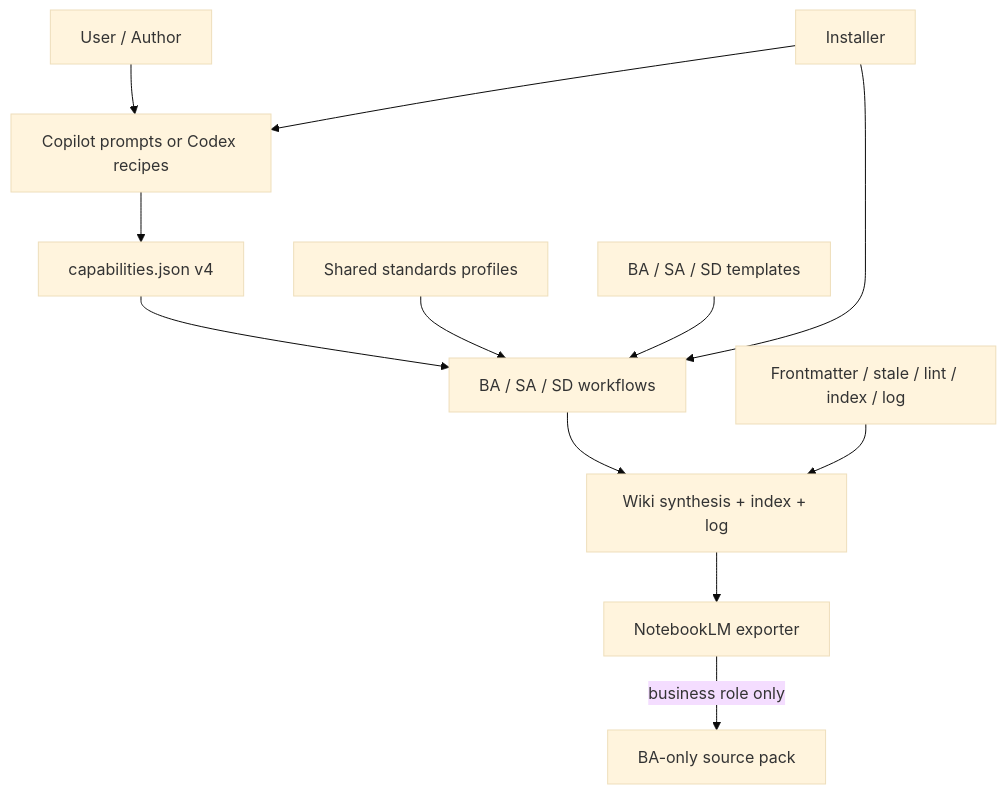
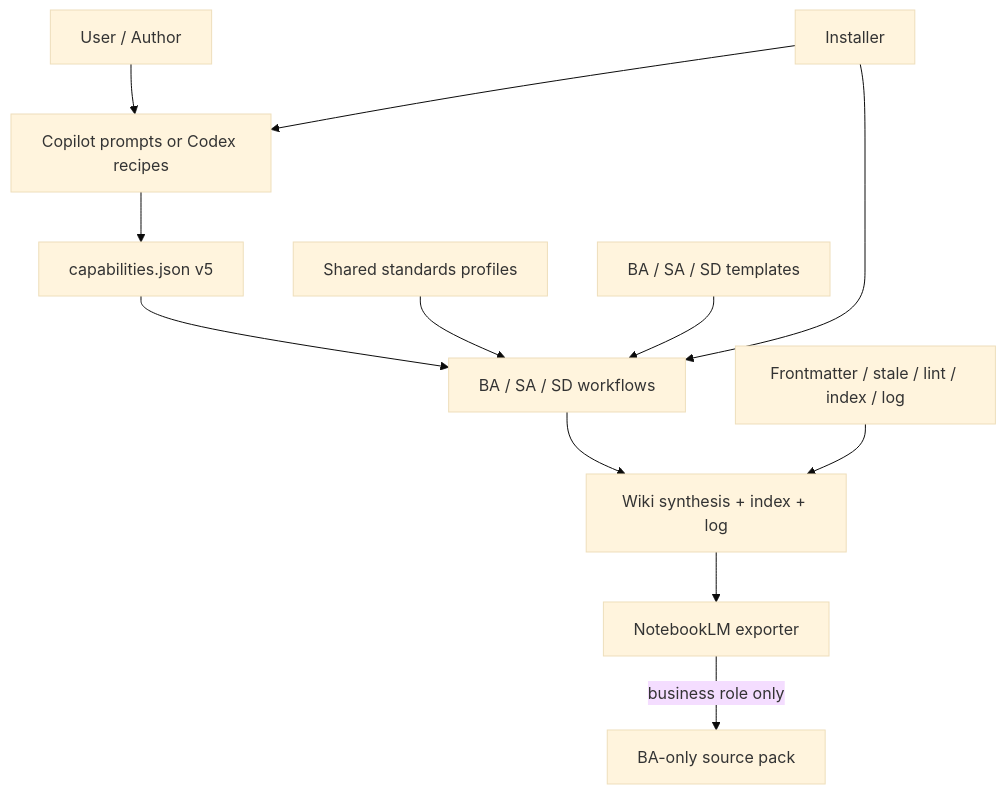
Before and after one commit to dennis8499/code-base-llm-wiki: the first of 5 diagrams in wiki/synthesis/system-design.md, drawn with Mermaid (base theme). The commit also changed other lines of this file and 81 other files, not shown here.

````diff
--- a/wiki/synthesis/system-design.md
+++ b/wiki/synthesis/system-design.md
@@ -132,14 +132,14 @@
 ```mermaid
 flowchart TB
     User[User / Author] --> Entry[Copilot prompts or Codex recipes]
-    Entry --> Manifest[capabilities.json v4]
+    Entry --> Manifest[capabilities.json v5]
     Manifest --> Workflows[BA / SA / SD workflows]
     Standards[Shared standards profiles] --> Workflows
     Templates[BA / SA / SD templates] --> Workflows
     Workflows --> Wiki[Wiki synthesis + index + log]
     Validator[Frontmatter / stale / lint / index / log] --> Wiki
     Installer[Installer] --> Entry
     Installer --> Workflows
     Wiki --> Exporter[NotebookLM exporter]
     Exporter -->|business role only| Pack[BA-only source pack]
 ```
````
